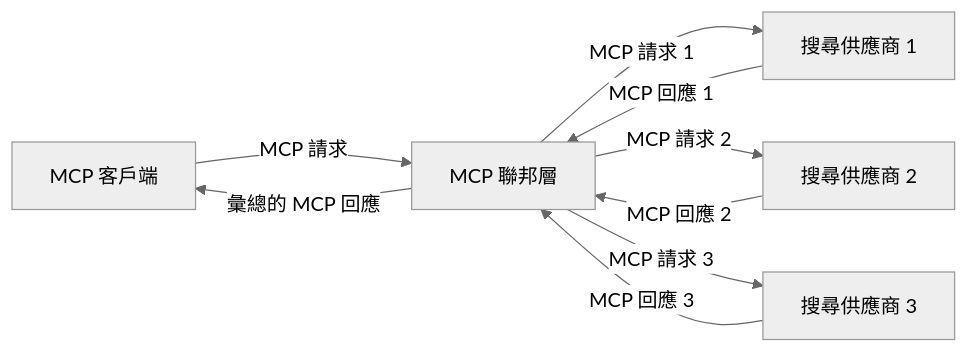
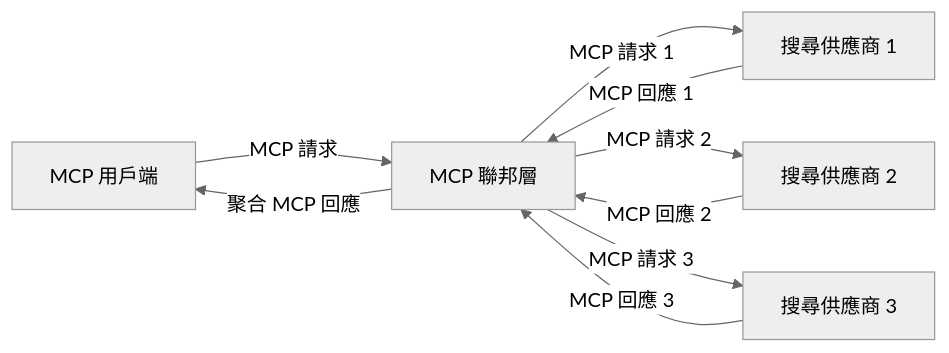
One commit to microsoft/mcp-for-beginners changed the third of 4 diagrams in translations/zh-MO/05-AdvancedTopics/mcp-realtimesearch/README.md. Above: the diagram before and after it, drawn with Mermaid (neutral theme). The commit also changed other lines of this file and 103 other files, not shown here.

````diff
--- a/translations/zh-MO/05-AdvancedTopics/mcp-realtimesearch/README.md
+++ b/translations/zh-MO/05-AdvancedTopics/mcp-realtimesearch/README.md
@@ -610,11 +613,11 @@
 ```mermaid
 graph LR
-    Client[MCP 客戶端] --> |MCP 請求| Federation[MCP 聯邦層]
+    Client[MCP 用戶端] --> |MCP 請求| Federation[MCP 聯邦層]
     Federation --> |MCP 請求 1| Search1[搜尋供應商 1]
     Federation --> |MCP 請求 2| Search2[搜尋供應商 2]
     Federation --> |MCP 請求 3| Search3[搜尋供應商 3]
     Search1 --> |MCP 回應 1| Federation
     Search2 --> |MCP 回應 2| Federation
     Search3 --> |MCP 回應 3| Federation
-    Federation --> |彙總的 MCP 回應| Client
+    Federation --> |聚合 MCP 回應| Client
 ```
````
